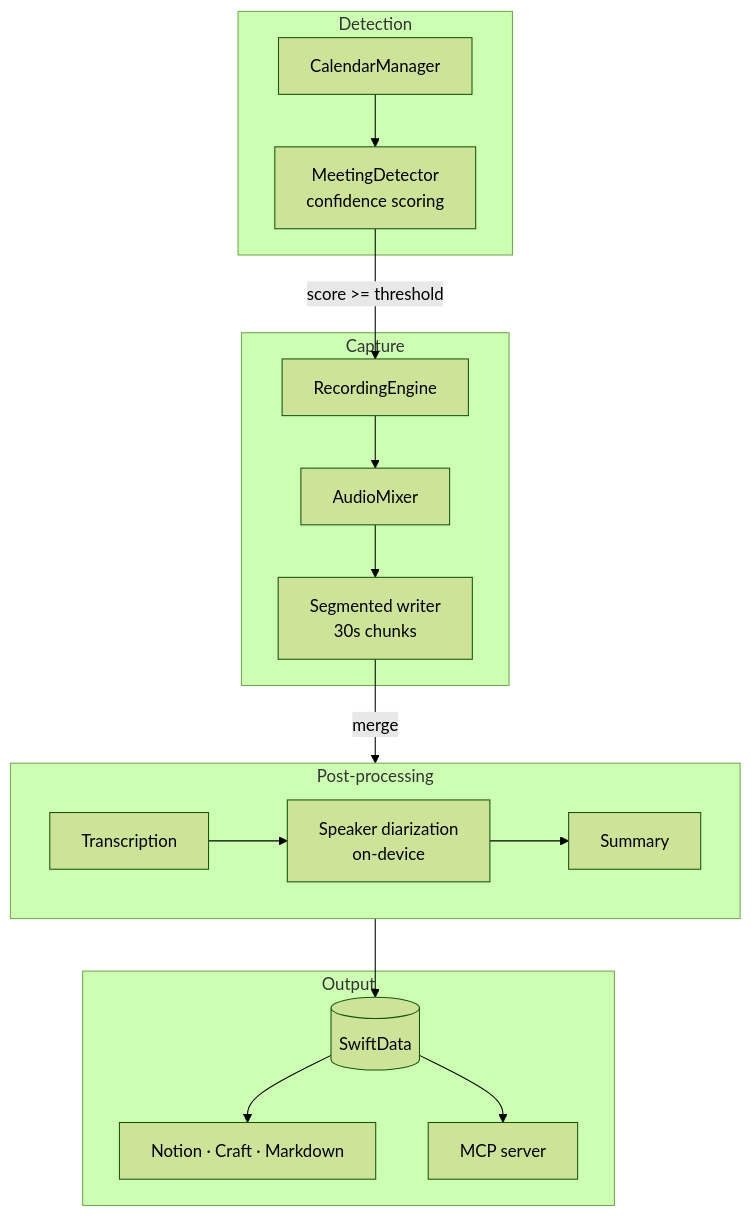
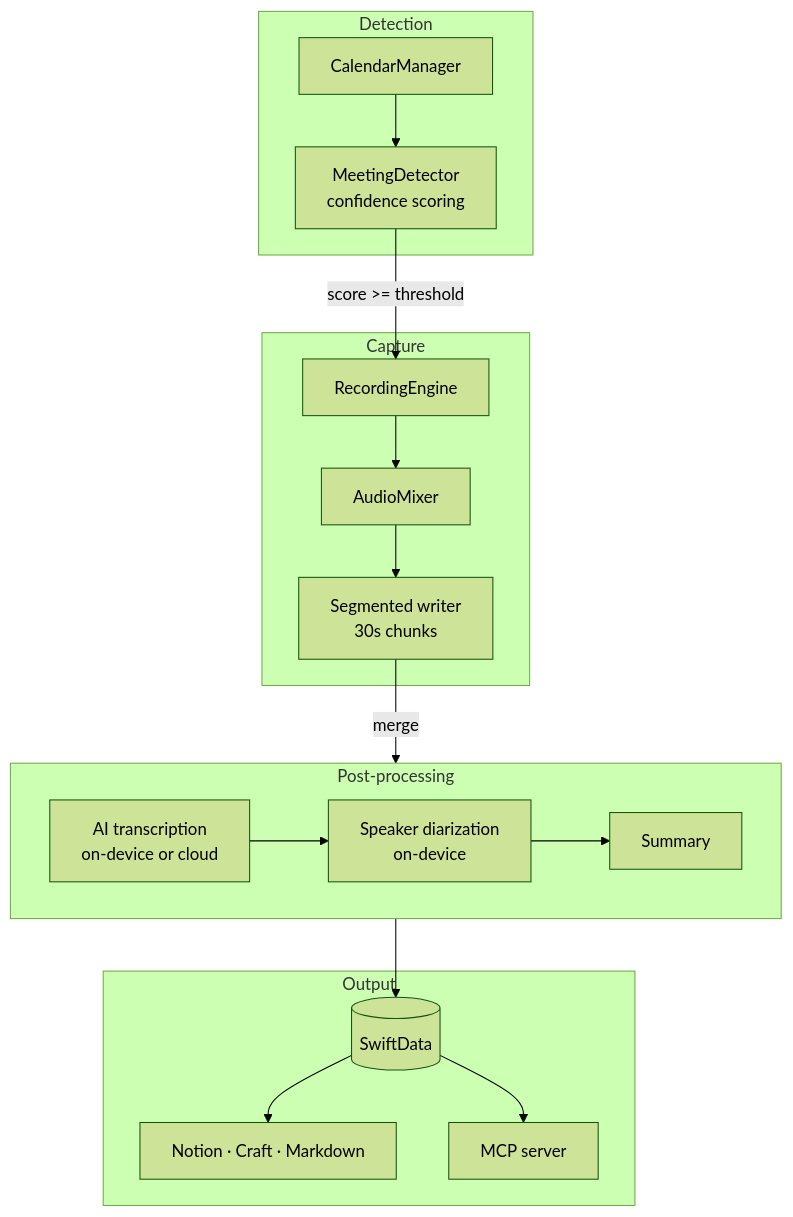
Before and after one commit to shuiandy/Cadenza: the diagram in README.md, drawn with Mermaid (forest theme). The commit also changed other lines of this file and 61 other files, not shown here.

````diff
--- a/README.md
+++ b/README.md
@@ -147,34 +162,34 @@
 ```mermaid
 flowchart TB
     subgraph detect [Detection]
         MD[MeetingDetector<br/>confidence scoring]
         CAL[CalendarManager]
         CAL --> MD
     end
 
     subgraph capture [Capture]
         RE[RecordingEngine]
         AM[AudioMixer]
         SEG[Segmented writer<br/>30s chunks]
         RE --> AM --> SEG
     end
 
     subgraph post [Post-processing]
-        TR[Transcription]
+        TR[AI transcription<br/>on-device or cloud]
         SD[Speaker diarization<br/>on-device]
         SUM[Summary]
         TR --> SD --> SUM
     end
 
     subgraph out [Output]
         STORE[(SwiftData)]
         EXP[Notion · Craft · Markdown]
         MCP[MCP server]
     end
 
     MD -->|score >= threshold| RE
     SEG -->|merge| post
     post --> STORE
     STORE --> EXP
     STORE --> MCP
 ```
````
